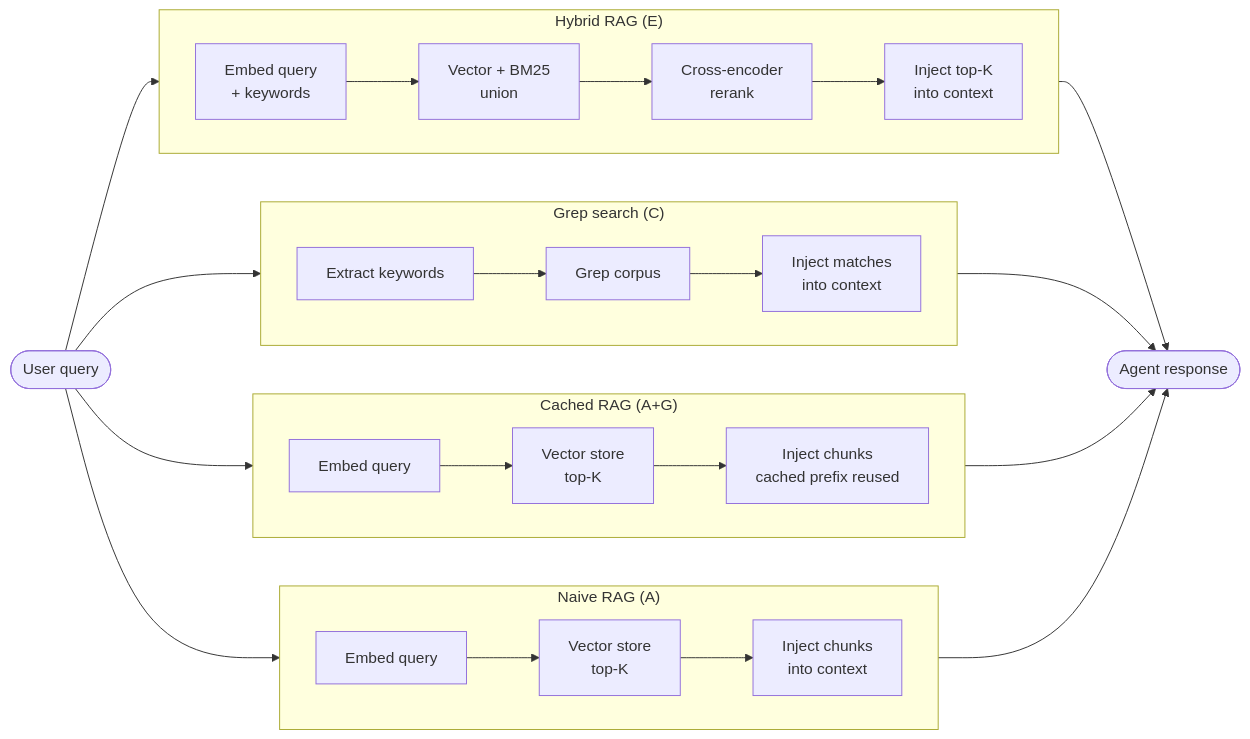
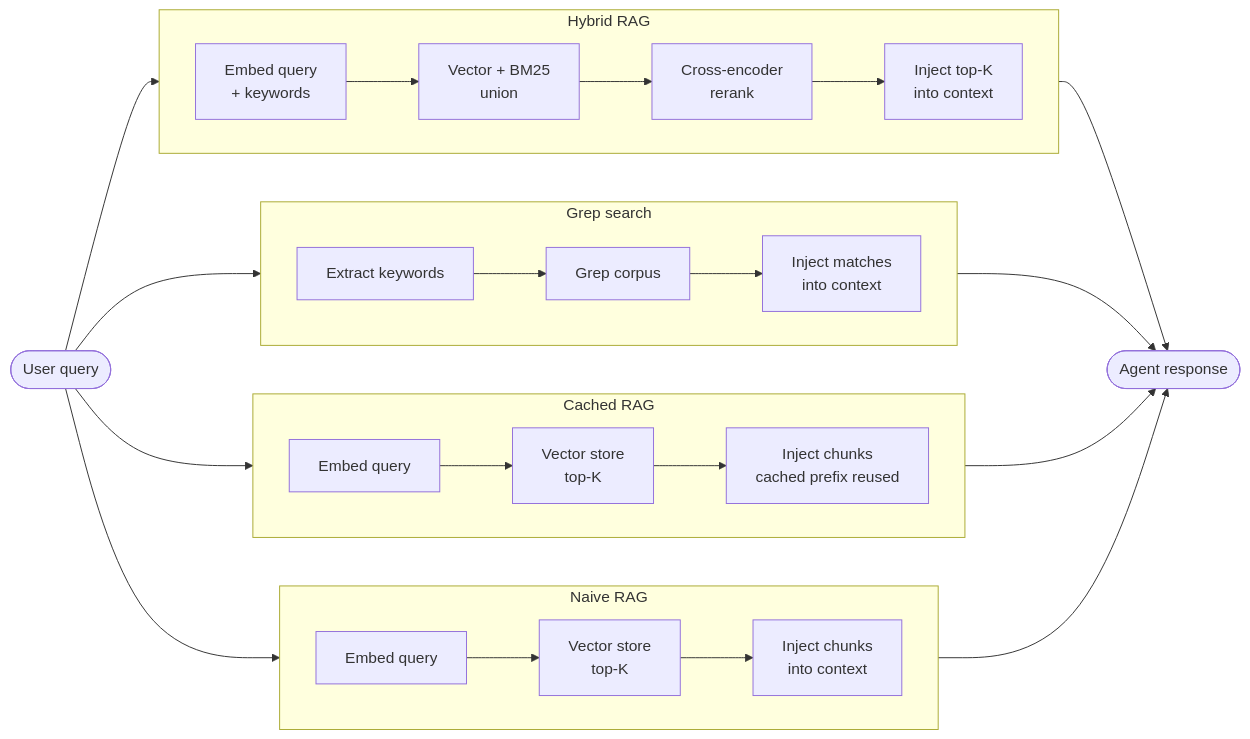
The diagram in README.md (halolee/support-agent-token-benchmark), drawn with Mermaid before and after one commit. The commit also changed other lines of this file and 23 other files, not shown here.

````diff
--- a/README.md
+++ b/README.md
@@ -26,35 +26,35 @@
 ```mermaid
 flowchart LR
     Q([User query])
     R([Agent response])
 
     Q --> A1
     Q --> AG1
     Q --> C1
     Q --> E1
 
-    subgraph A_lane["Naive RAG (A)"]
+    subgraph A_lane["Naive RAG"]
       direction LR
       A1[Embed query] --> A2[Vector store<br/>top-K] --> A3[Inject chunks<br/>into context]
     end
 
-    subgraph AG_lane["Cached RAG (A+G)"]
+    subgraph AG_lane["Cached RAG"]
       direction LR
       AG1[Embed query] --> AG2[Vector store<br/>top-K] --> AG3[Inject chunks<br/>cached prefix reused]
     end
 
-    subgraph C_lane["Grep search (C)"]
+    subgraph C_lane["Grep search"]
       direction LR
       C1[Extract keywords] --> C2[Grep corpus] --> C3[Inject matches<br/>into context]
     end
 
-    subgraph E_lane["Hybrid RAG (E)"]
+    subgraph E_lane["Hybrid RAG"]
       direction LR
       E1[Embed query<br/>+ keywords] --> E2[Vector + BM25<br/>union] --> E3[Cross-encoder<br/>rerank] --> E4[Inject top-K<br/>into context]
     end
 
     A3 --> R
     AG3 --> R
     C3 --> R
     E4 --> R
 ```
````
